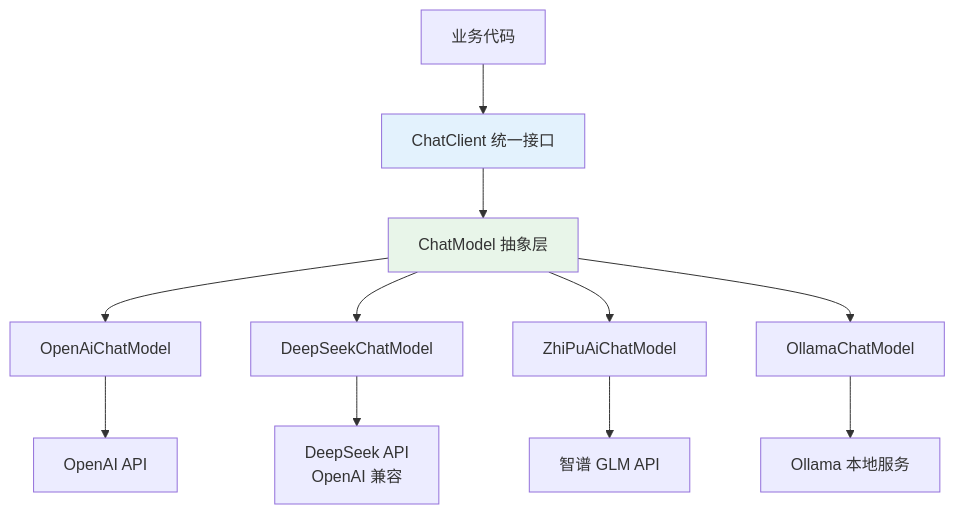
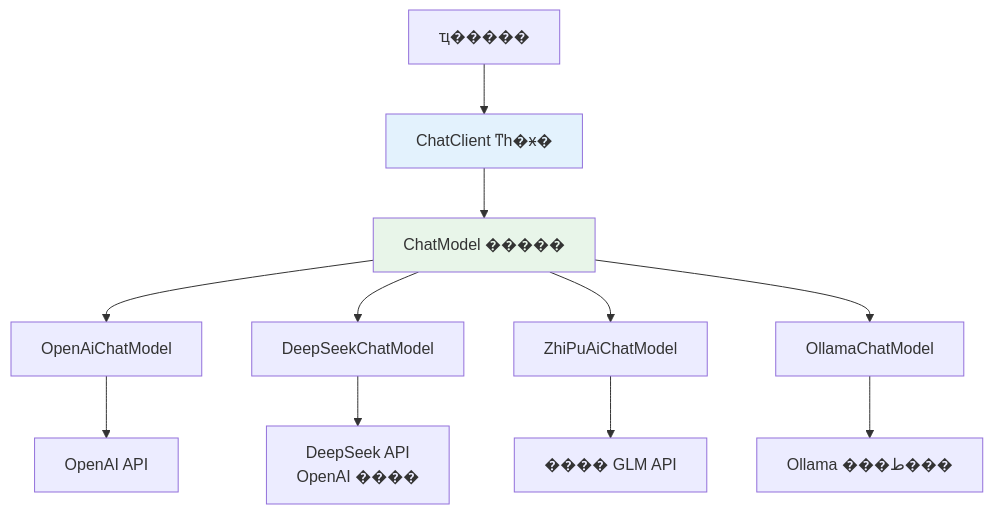
Before and after one commit to TimeHunter618/hugo-maid-dev: the second of 8 diagrams in content/post/ai-interview/SpringAI如何接入多种模型.zh-CN.md, drawn with Mermaid. The commit also changed other lines of this file and 70 other files, not shown here.

````diff
--- a/content/post/ai-interview/SpringAI如何接入多种模型.zh-CN.md
+++ b/content/post/ai-interview/SpringAI如何接入多种模型.zh-CN.md
@@ -73,18 +73,18 @@
 ```mermaid
 graph TD
-    A[业务代码] --> B[ChatClient 统一接口]
-    B --> C[ChatModel 抽象层]
+    A[ҵ�����] --> B[ChatClient ͳһ�ӿ�]
+    B --> C[ChatModel �����]
 
     C --> D[OpenAiChatModel]
     C --> E[DeepSeekChatModel]
     C --> F[ZhiPuAiChatModel]
     C --> G[OllamaChatModel]
 
     D --> D1[OpenAI API]
-    E --> E1[DeepSeek API<br/>OpenAI 兼容]
-    F --> F1[智谱 GLM API]
-    G --> G1[Ollama 本地服务]
+    E --> E1[DeepSeek API<br/>OpenAI ����]
+    F --> F1[���� GLM API]
+    G --> G1[Ollama ���ط���]
 
     style B fill:#e3f2fd
     style C fill:#e8f5e9
 ```
````
